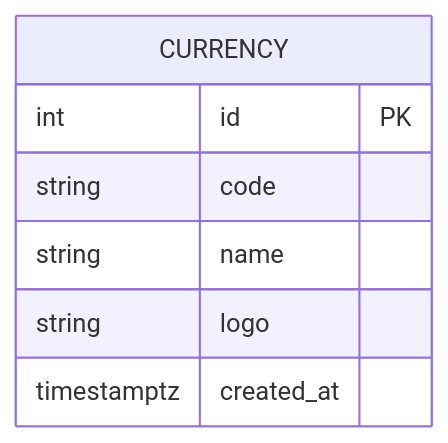
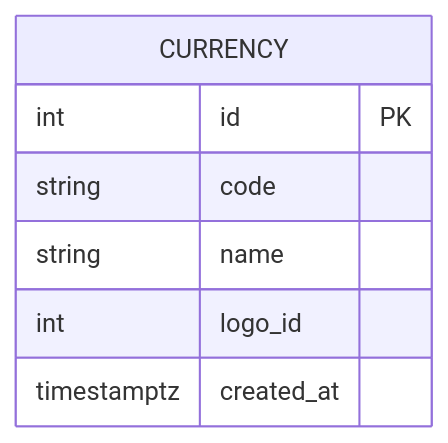
The fourth of 12 diagrams in db/normalized/relations.md (go-park-mail-ru/2025_2_VKarmane), drawn with Mermaid before and after one commit. The commit also changed other lines of this file and 2 other files, not shown here.

````diff
--- a/db/normalized/relations.md
+++ b/db/normalized/relations.md
@@ -96,10 +97,10 @@
 ```mermaid
 erDiagram
     CURRENCY {
         int id PK
         string code
         string name
-        string logo
+        int logo_id
         timestamptz created_at
     }
 ```
````
